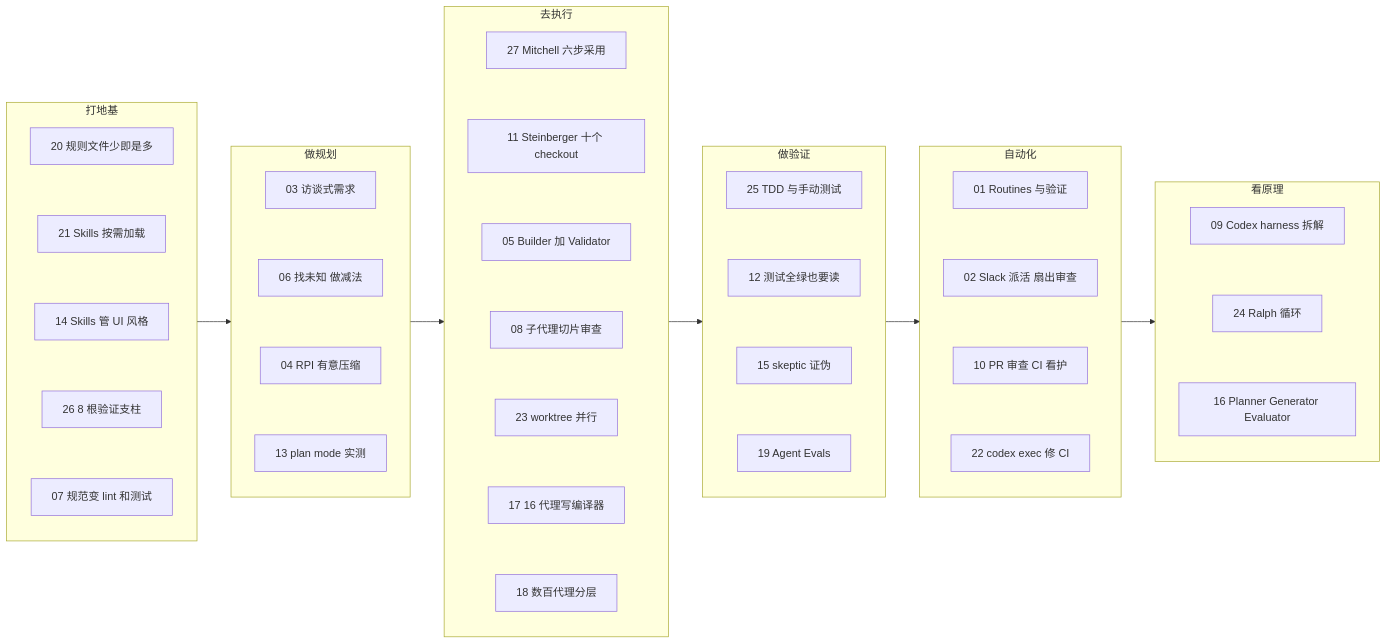
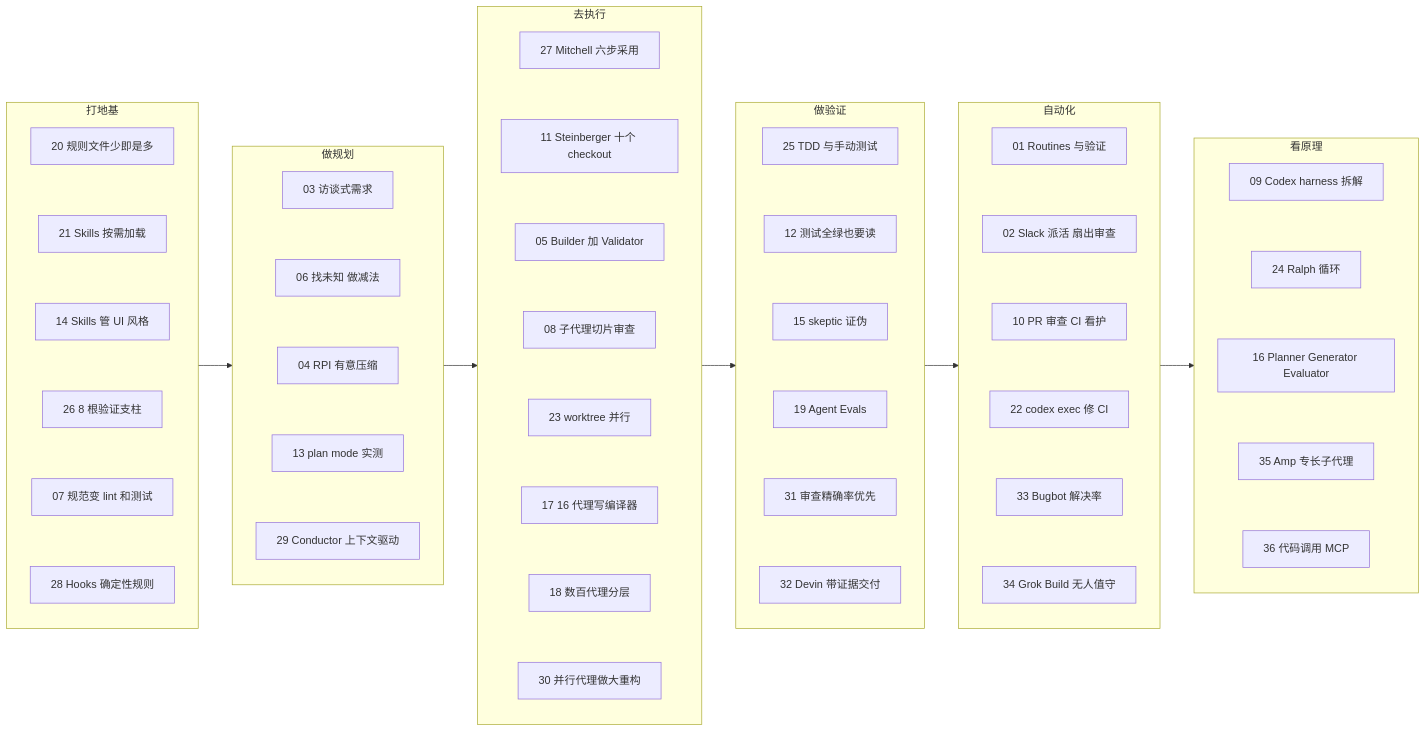
One commit to yzw7489757/ai-coding-videos changed the diagram in docs/index.md. Above: the diagram before and after it, drawn with Mermaid. The commit also changed other lines of this file and 34 other files, not shown here.

Commit message:
第二批：新增 28–36 九份资料（Claude Code Hooks、Gemini CLI Conductor、OpenHands、OpenAI 代码验证、Cognition、Bugbot、Grok Build Hooks、Amp、MCP 代码执行），新增 21 个术语、P21–P29 模式、模板 14–21

````diff
--- a/docs/index.md
+++ b/docs/index.md
@@ -109,10 +118,12 @@
     A14["14 Skills 管 UI 风格"]
     A26["26 8 根验证支柱"]
     A07["07 规范变 lint 和测试"]
+    A28["28 Hooks 确定性规则"]
     A20 ~~~ A21
     A21 ~~~ A14
     A14 ~~~ A26
     A26 ~~~ A07
+    A07 ~~~ A28
   end
   subgraph S2["做规划"]
     direction TB
@@ -120,9 +131,11 @@
     A06["06 找未知 做减法"]
     A04["04 RPI 有意压缩"]
     A13["13 plan mode 实测"]
+    A29["29 Conductor 上下文驱动"]
     A03 ~~~ A06
     A06 ~~~ A04
     A04 ~~~ A13
+    A13 ~~~ A29
   end
   subgraph S3["去执行"]
     direction TB
@@ -133,12 +146,14 @@
     A23["23 worktree 并行"]
     A17["17 16 代理写编译器"]
     A18["18 数百代理分层"]
+    A30["30 并行代理做大重构"]
     A27 ~~~ A11
     A11 ~~~ A05
     A05 ~~~ A08
     A08 ~~~ A23
     A23 ~~~ A17
     A17 ~~~ A18
+    A18 ~~~ A30
   end
   subgraph S4["做验证"]
     direction TB
@@ -146,9 +161,13 @@
     A12["12 测试全绿也要读"]
     A15["15 skeptic 证伪"]
     A19["19 Agent Evals"]
+    A31["31 审查精确率优先"]
+    A32["32 Devin 带证据交付"]
     A25 ~~~ A12
     A12 ~~~ A15
     A15 ~~~ A19
+    A19 ~~~ A31
+    A31 ~~~ A32
   end
   subgraph S5["自动化"]
     direction TB
@@ -156,17 +175,25 @@
     A02["02 Slack 派活 扇出审查"]
     A10["10 PR 审查 CI 看护"]
     A22["22 codex exec 修 CI"]
+    A33["33 Bugbot 解决率"]
+    A34["34 Grok Build 无人值守"]
     A01 ~~~ A02
     A02 ~~~ A10
     A10 ~~~ A22
+    A22 ~~~ A33
+    A33 ~~~ A34
   end
   subgraph S6["看原理"]
     direction TB
     A09["09 Codex harness 拆解"]
     A24["24 Ralph 循环"]
     A16["16 Planner Generator Evaluator"]
+    A35["35 Amp 专长子代理"]
+    A36["36 代码调用 MCP"]
     A09 ~~~ A24
     A24 ~~~ A16
+    A16 ~~~ A35
+    A35 ~~~ A36
   end
   S1 --> S2 --> S3 --> S4 --> S5 --> S6
 ```
````
